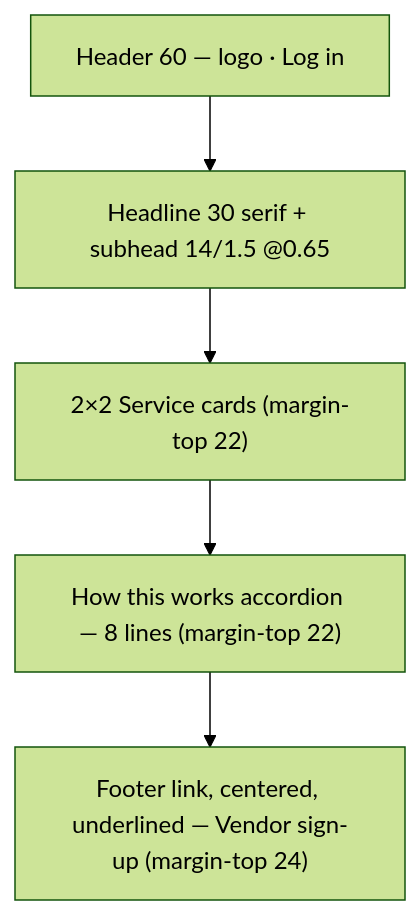
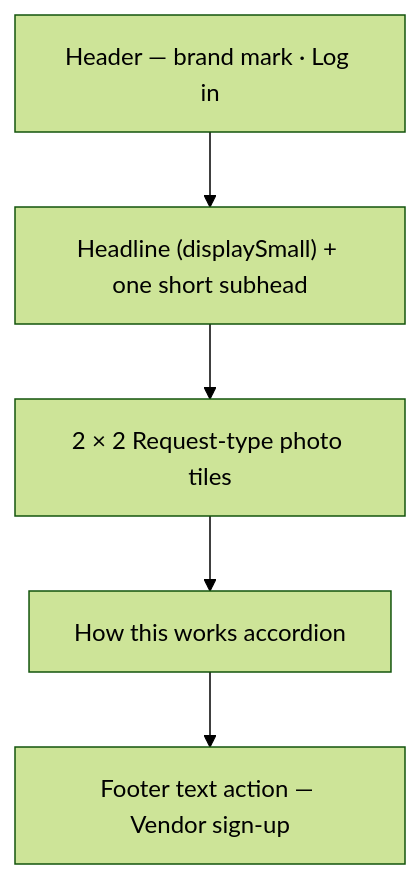
Before and after one commit to shabibmr/karat-hive: the second of 2 diagrams in apps/kh_mobile/karat_hive/docs/UI-Design-Context.md, drawn with Mermaid (forest theme). The commit also changed other lines of this file and 9 other files, not shown here.

````diff
--- a/apps/kh_mobile/karat_hive/docs/UI-Design-Context.md
+++ b/apps/kh_mobile/karat_hive/docs/UI-Design-Context.md
@@ -512,7 +541,7 @@
 ```mermaid
 flowchart TB
-  H["Header 60 — logo · Log in"] --> HL["Headline 30 serif + subhead 14/1.5 @0.65"]
-  HL --> G["2×2 Service cards (margin-top 22)"]
-  G --> AC["How this works accordion — 8 lines (margin-top 22)"]
-  AC --> F["Footer link, centered, underlined — Vendor sign-up (margin-top 24)"]
+  H["Header — brand mark · Log in"] --> HL["Headline (displaySmall) + one short subhead"]
+  HL --> G["2 × 2 Request-type photo tiles"]
+  G --> AC["How this works accordion"]
+  AC --> F["Footer text action — Vendor sign-up"]
 ```
````
